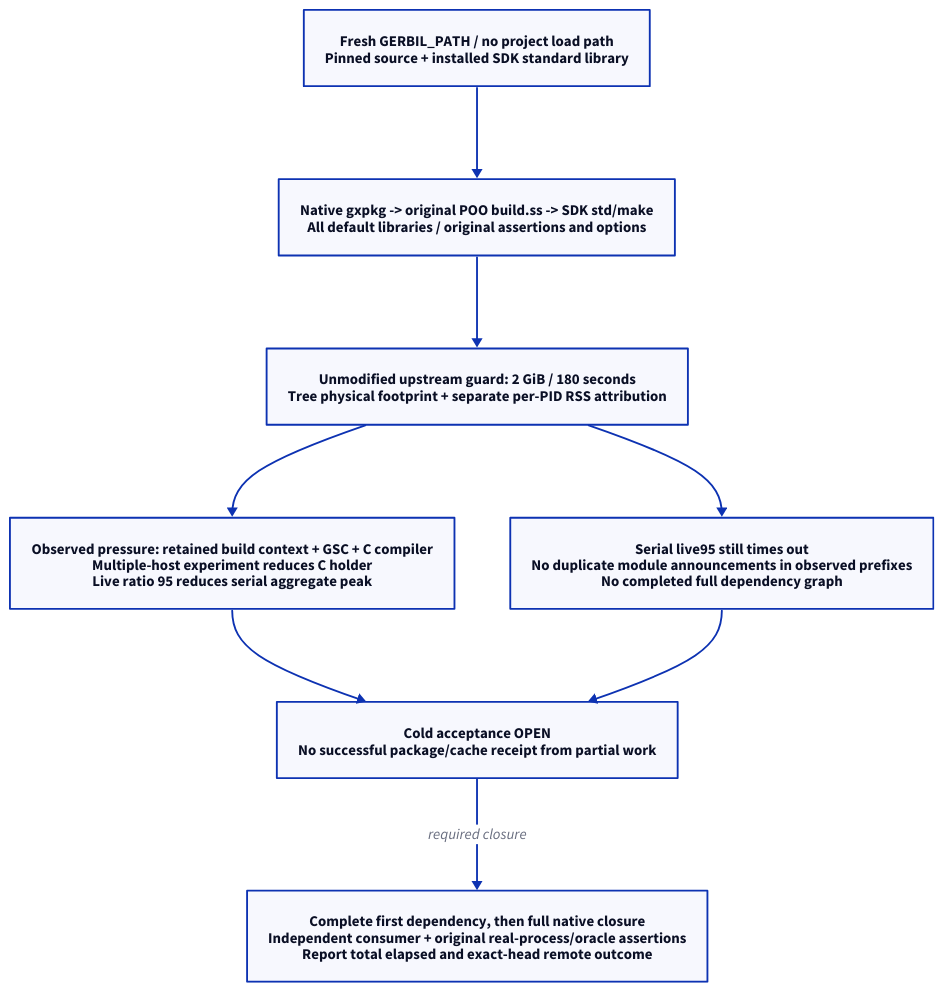
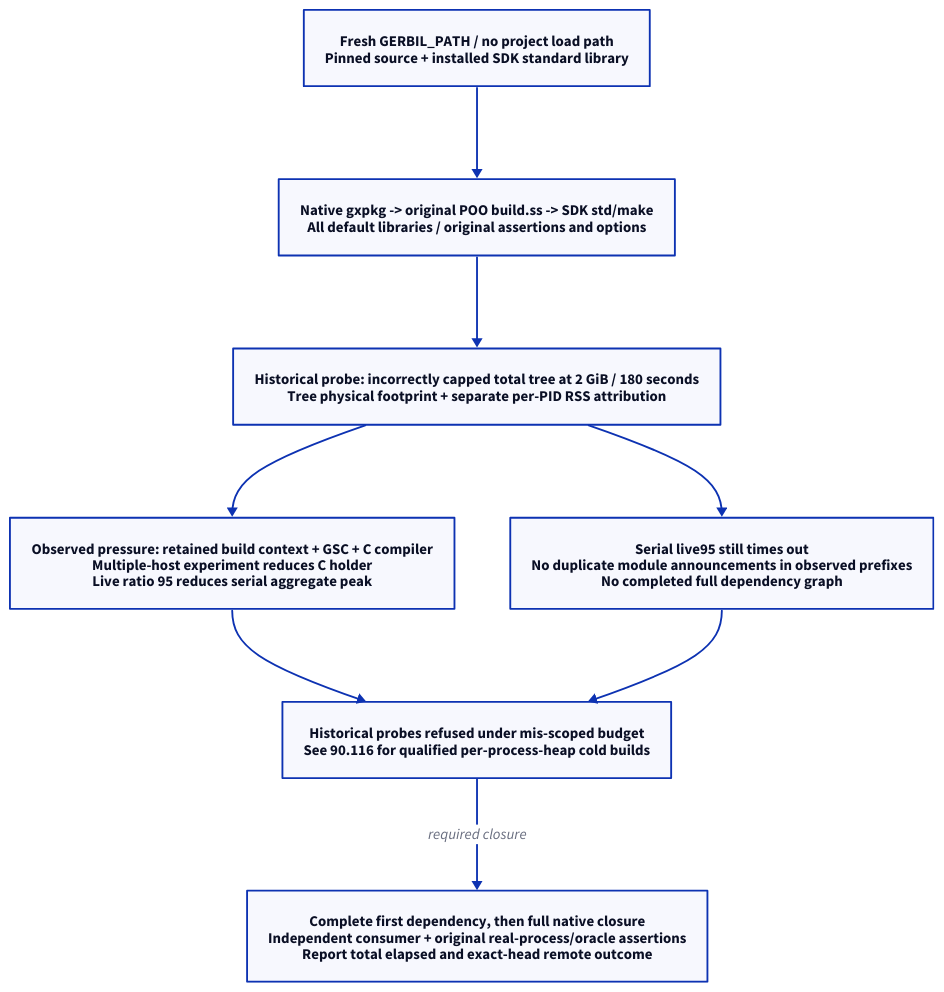
One commit to hardenedlinux/deterministic-engineering changed the diagram in docs/90-99-views/90-architecture-views/90.115-cold-native-dependency-budget.d2. Above: the diagram before and after it, drawn with D2. The commit also changed 11 other files, not shown here.

```diff
--- a/docs/90-99-views/90-architecture-views/90.115-cold-native-dependency-budget.d2
+++ b/docs/90-99-views/90-architecture-views/90.115-cold-native-dependency-budget.d2
@@ -1,16 +1,16 @@
 # org-target: docs/10-19-design/10-architecture/10.126-cold-native-dependency-budget.org::#cold126-scope
 # render-layout: elk; theme: 0; pad: 24
 direction: down
 inputs: "Fresh GERBIL_PATH / no project load path\nPinned source + installed SDK standard library"
 native: "Native gxpkg -> original POO build.ss -> SDK std/make\nAll default libraries / original assertions and options"
-measure: "Unmodified upstream guard: 2 GiB / 180 seconds\nTree physical footprint + separate per-PID RSS attribution"
+measure: "Historical probe: incorrectly capped total tree at 2 GiB / 180 seconds\nTree physical footprint + separate per-PID RSS attribution"
 memory: "Observed pressure: retained build context + GSC + C compiler\nMultiple-host experiment reduces C holder\nLive ratio 95 reduces serial aggregate peak"
 time: "Serial live95 still times out\nNo duplicate module announcements in observed prefixes\nNo completed full dependency graph"
-reject: "Cold acceptance OPEN\nNo successful package/cache receipt from partial work"
+reject: "Historical probes refused under mis-scoped budget\nSee 90.116 for qualified per-process-heap cold builds"
 next: "Complete first dependency, then full native closure\nIndependent consumer + original real-process/oracle assertions\nReport total elapsed and exact-head remote outcome"
 inputs -> native -> measure
 measure -> memory
 measure -> time
 memory -> reject
 time -> reject
 reject -> next: "required closure"
```
